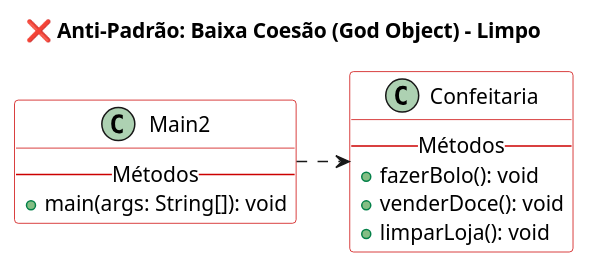
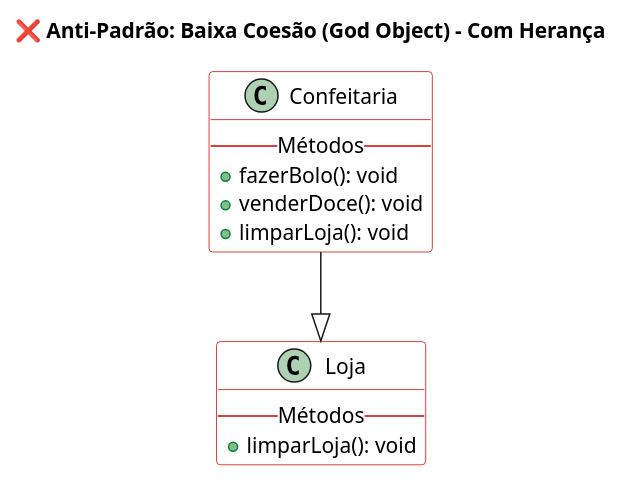
One commit to thiagosabreu/bertoti changed the diagram in Padrões de Projeto/Estratégia/antipadrão/estrategia_antipadrao.puml. Above: the diagram before and after it, drawn with PlantUML. The commit also changed 5 other files, not shown here.

```diff
--- a/Padrões de Projeto/Estratégia/antipadrão/estrategia_antipadrao.puml
+++ b/Padrões de Projeto/Estratégia/antipadrão/estrategia_antipadrao.puml
@@ -1,31 +1,29 @@
 @startuml
-title ❌ Anti-Padrão: Baixa Coesão (God Object) - Limpo
+title ❌ Anti-Padrão: Baixa Coesão (God Object) - Com Herança
 
 ' Configuração de estilo
 skinparam class {
   BorderColor #cc0000
   BackgroundColor white
   AttributeFontColor black
 }
 skinparam backgroundcolor white
 
-' A classe com muitas responsabilidades (Baixa Coesão)
+' Classe base
+class Loja {
+  -- Métodos --
+  + limparLoja(): void
+}
+
+' Classe filha com responsabilidades demais (God Object)
 class Confeitaria {
   -- Métodos --
   + fazerBolo(): void
   + venderDoce(): void
   + limparLoja(): void
 }
 
-' Cliente (Usa diretamente a classe inchada)
-class Main2 {
-    -- Métodos --
-    + main(args: String[]): void
-}
-
-' RELAÇÃO:
-
-' Dependência/Uso (Main2 usa a Confeitaria) - Linha tracejada com seta aberta
-Main2 .right.> Confeitaria
+' Herança (Confeitaria herda Loja)
+Confeitaria --|> Loja
 
 @enduml
```
